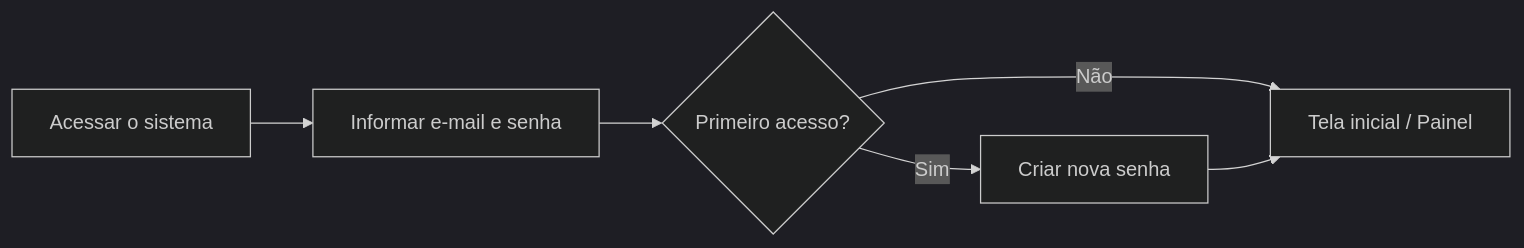
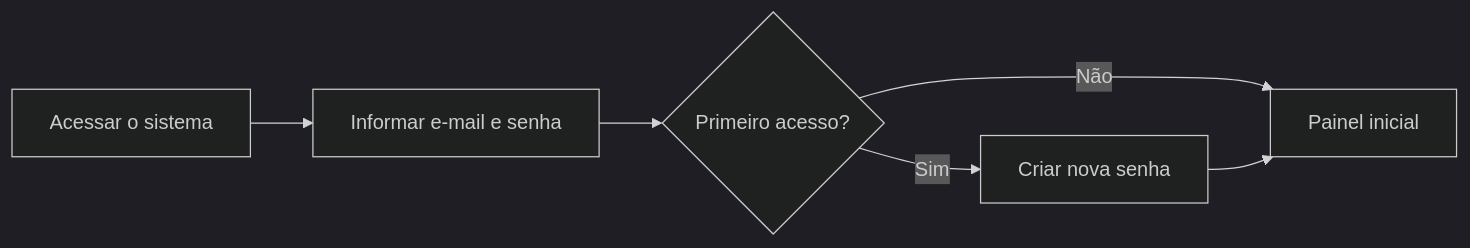
One commit to afelipedev/app-e7aicenter changed the second of 3 diagrams in docs/Documentacao_Final_Cliente.md. Above: the diagram before and after it, drawn with Mermaid (dark theme). The commit also changed other lines of this file and 38 other files, not shown here.

````diff
--- a/docs/Documentacao_Final_Cliente.md
+++ b/docs/Documentacao_Final_Cliente.md
@@ -127,8 +195,8 @@
 ```mermaid
 flowchart LR
     A[Acessar o sistema] --> B[Informar e-mail e senha]
     B --> C{Primeiro acesso?}
     C -- Sim --> D[Criar nova senha]
-    C -- Não --> E[Tela inicial / Painel]
+    C -- Não --> E[Painel inicial]
     D --> E
 ```
````
